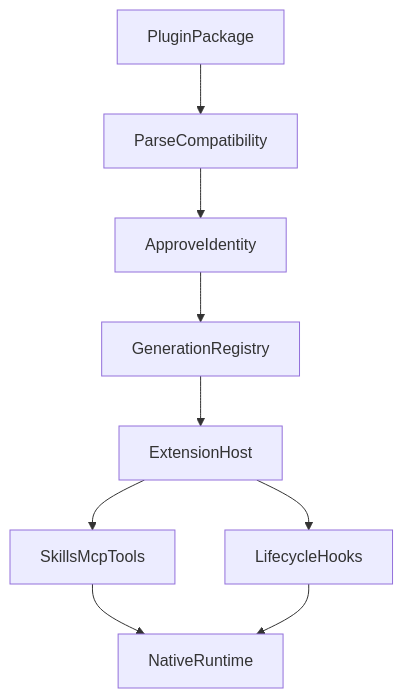
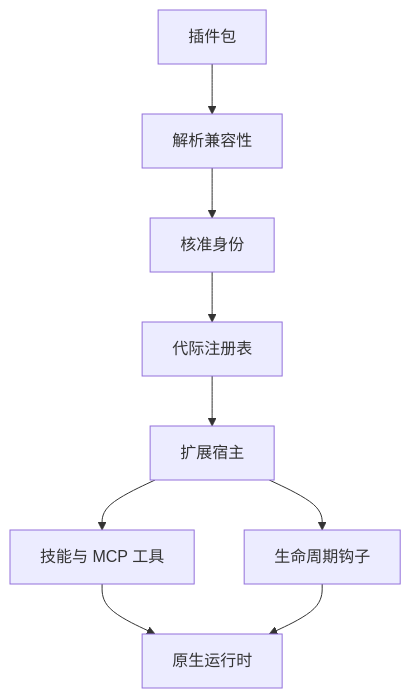
One commit to hpoenixf/eff-agent-article changed the diagram in articles/020-agent-extension-host-smartphone.md. Above: the diagram before and after it, drawn with Mermaid. The commit also changed 52 other files, not shown here.

Commit message:
docs: localize diagrams and clarify flagship guides

````diff
--- a/articles/020-agent-extension-host-smartphone.md
+++ b/articles/020-agent-extension-host-smartphone.md
@@ -33,11 +33,11 @@
 ```mermaid
 graph TD
-PluginPackage --> ParseCompatibility
-ParseCompatibility --> ApproveIdentity
-ApproveIdentity --> GenerationRegistry
-GenerationRegistry --> ExtensionHost
-ExtensionHost --> SkillsMcpTools
-ExtensionHost --> LifecycleHooks
-SkillsMcpTools --> NativeRuntime
+PluginPackage["插件包"] --> ParseCompatibility["解析兼容性"]
+ParseCompatibility --> ApproveIdentity["核准身份"]
+ApproveIdentity --> GenerationRegistry["代际注册表"]
+GenerationRegistry --> ExtensionHost["扩展宿主"]
+ExtensionHost --> SkillsMcpTools["技能与 MCP 工具"]
+ExtensionHost --> LifecycleHooks["生命周期钩子"]
+SkillsMcpTools --> NativeRuntime["原生运行时"]
 LifecycleHooks --> NativeRuntime
 ```
````
